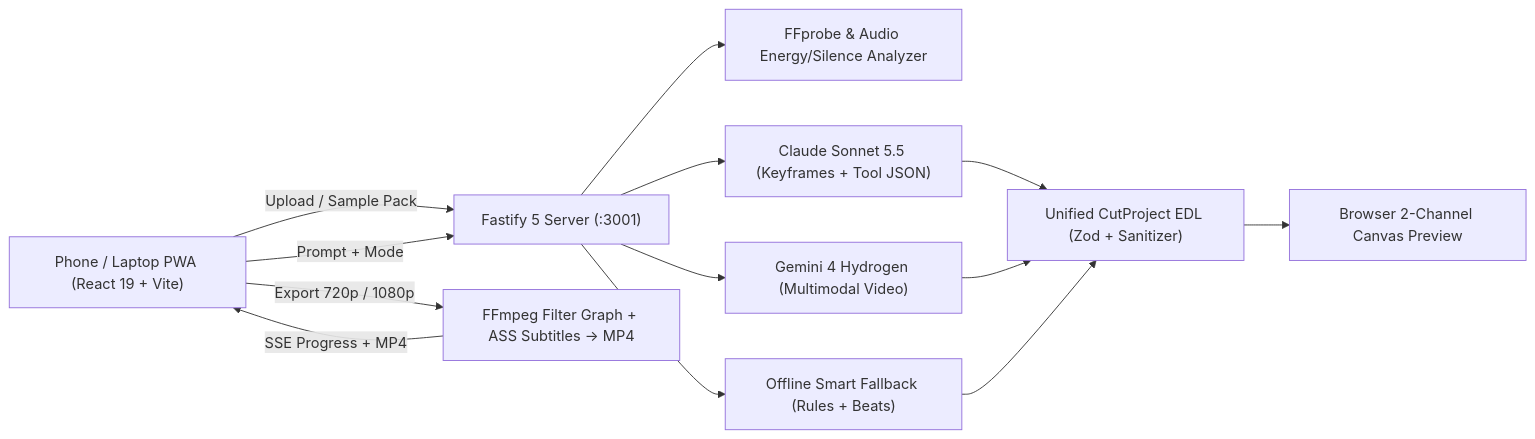
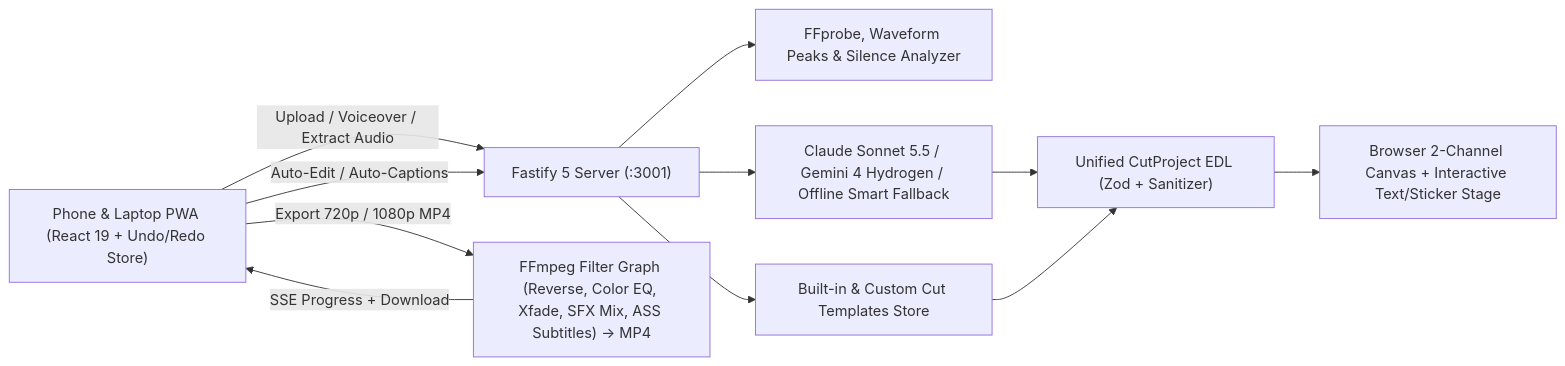
The diagram in README.md (willygailo/web-editor), drawn with Mermaid before and after one commit. The commit also changed other lines of this file and 35 other files, not shown here.

Commit message:
feat: add CapCut-style multi-track timeline, audio mixer, templates, stickers, and AI enhancements

````diff
--- a/README.md
+++ b/README.md
@@ -64,25 +115,22 @@
 ```mermaid
 flowchart LR
-    UI["Phone / Laptop PWA (React 19 + Vite)"]
+    UI["Phone &amp; Laptop PWA (React 19 + Undo/Redo Store)"]
     API["Fastify 5 Server (:3001)"]
-    Probe["FFprobe & Audio Energy/Silence Analyzer"]
-    Claude["Claude Sonnet 5.5 (Keyframes + Tool JSON)"]
-    Gemini["Gemini 4 Hydrogen (Multimodal Video)"]
-    Offline["Offline Smart Fallback (Rules + Beats)"]
+    Probe["FFprobe, Waveform Peaks &amp; Silence Analyzer"]
+    AI["Claude Sonnet 5.5 / Gemini 4 Hydrogen / Offline Smart Fallback"]
+    TPL["Built-in &amp; Custom Cut Templates Store"]
     EDL["Unified CutProject EDL (Zod + Sanitizer)"]
-    Preview["Browser 2-Channel Canvas Preview"]
-    Render["FFmpeg Filter Graph + ASS Subtitles -> MP4"]
+    Preview["Browser 2-Channel Canvas + Interactive Text/Sticker Stage"]
+    Render["FFmpeg Filter Graph (Reverse, Color EQ, Xfade, SFX Mix, ASS Subtitles) -&gt; MP4"]
 
-    UI -->|Upload / Sample Pack| API
+    UI -->|"Upload / Voiceover / Extract Audio"| API
     API --> Probe
-    UI -->|Prompt + Mode| API
-    API --> Claude
-    API --> Gemini
-    API --> Offline
-    Claude --> EDL
-    Gemini --> EDL
-    Offline --> EDL
+    UI -->|"Auto-Edit / Auto-Captions"| API
+    API --> AI
+    API --> TPL
+    AI --> EDL
+    TPL --> EDL
     EDL --> Preview
-    UI -->|Export 720p / 1080p| Render
-    Render -->|SSE Progress + MP4| UI
+    UI -->|"Export 720p / 1080p MP4"| Render
+    Render -->|"SSE Progress + Download"| UI
 ```
````
